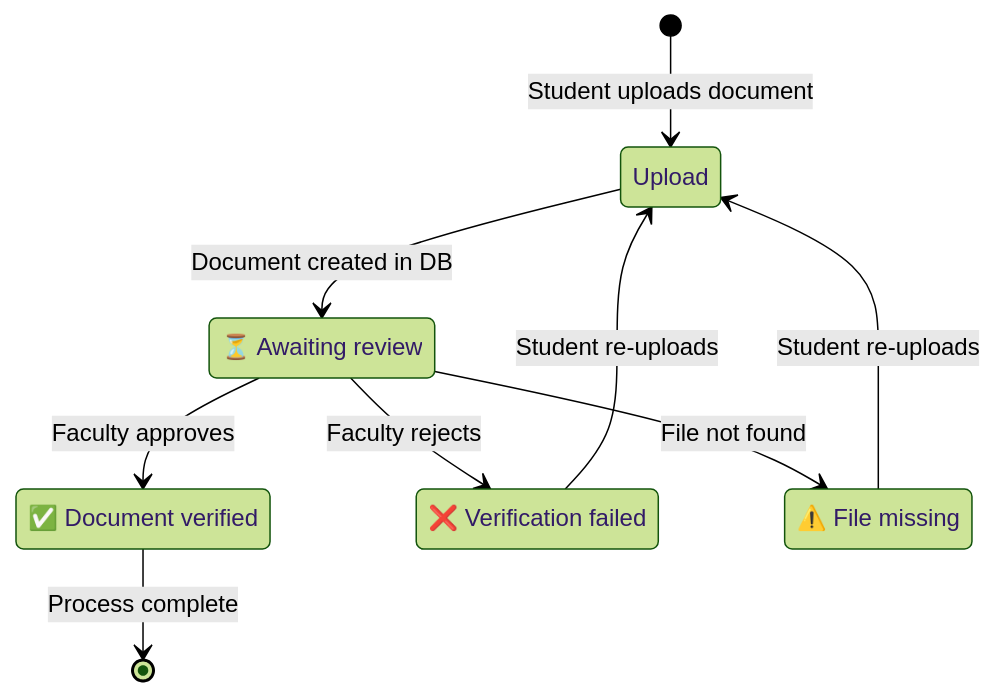
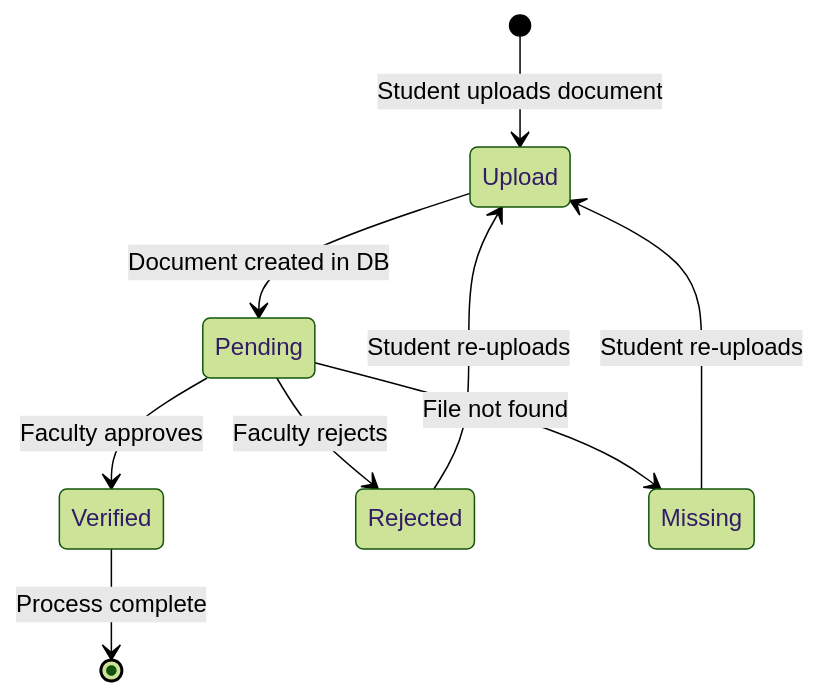
Before and after one commit to BHANUASATI/CampusGenie-AI: the third of 16 diagrams in README.md, drawn with Mermaid (forest theme). The commit also changed other lines of this file, not shown here.

````diff
--- a/README.md
+++ b/README.md
@@ -292,17 +226,12 @@
 ```mermaid
 stateDiagram-v2
     [*] --> Upload: Student uploads document
     Upload --> Pending: Document created in DB
     Pending --> Verified: Faculty approves
     Pending --> Rejected: Faculty rejects
     Pending --> Missing: File not found
-    
+
     Verified --> [*]: Process complete
     Rejected --> Upload: Student re-uploads
     Missing --> Upload: Student re-uploads
-    
-    Verified: ✅ Document verified
-    Rejected: ❌ Verification failed
-    Missing: ⚠️ File missing
-    Pending: ⏳ Awaiting review
 ```
````
